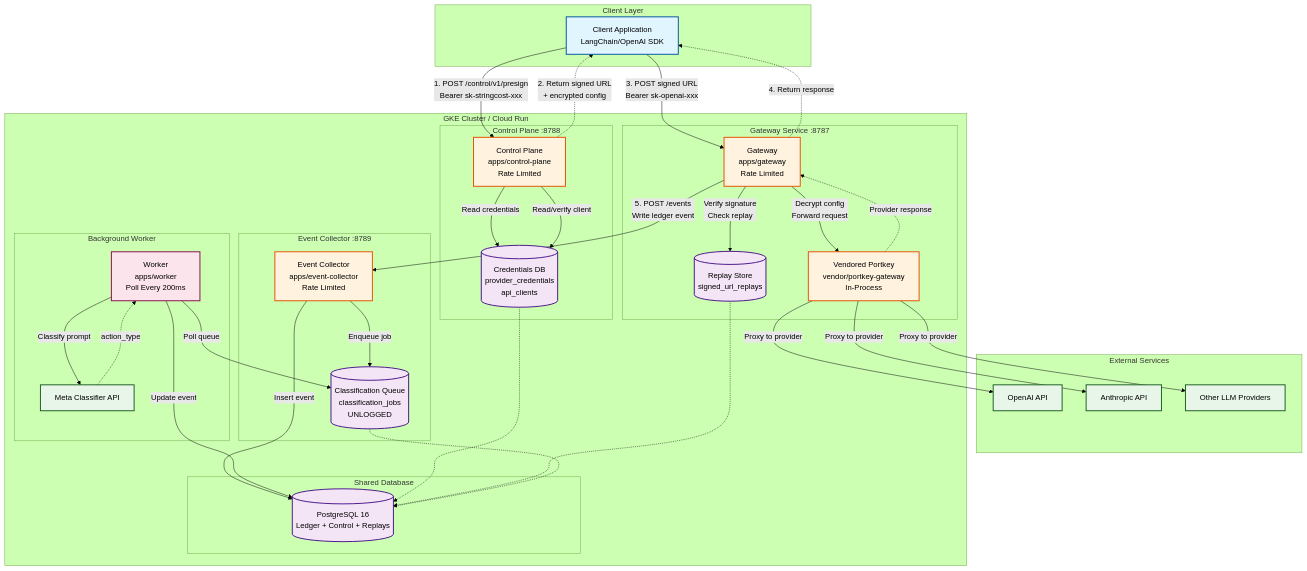
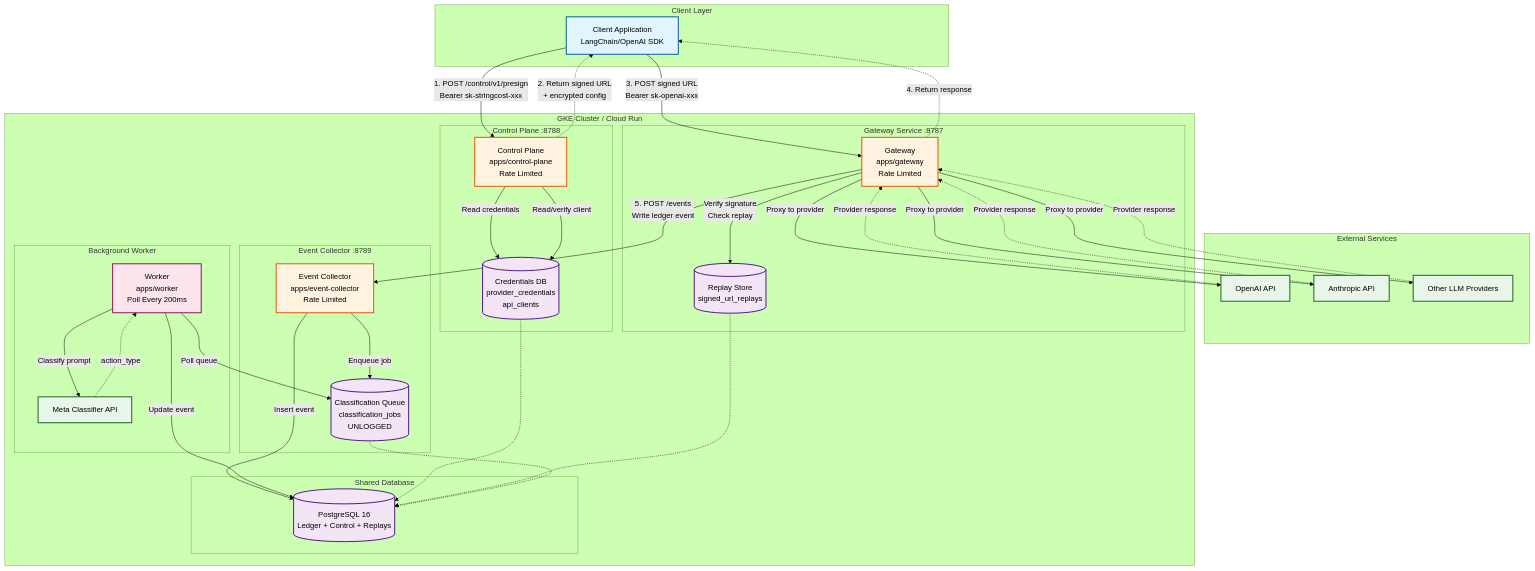
The diagram in README.md (jitendrakumarpalei/deployment-helm-skafold), drawn with Mermaid (forest theme) before and after one commit. The commit also changed other lines of this file, not shown here.

```diff
--- a/README.md
+++ b/README.md
@@ -17,7 +17,6 @@
     subgraph "GKE Cluster / Cloud Run"
         subgraph "Gateway Service :8787"
             Gateway[Gateway<br/>apps/gateway<br/>Rate Limited]
-            Portkey[Vendored Portkey<br/>vendor/portkey-gateway<br/>In-Process]
             ReplayStore[(Replay Store<br/>signed_url_replays)]
         end
 
@@ -49,13 +48,13 @@
 
     Client -->|3. POST signed URL<br/>Bearer sk-openai-xxx| Gateway
     Gateway -->|Verify signature<br/>Check replay| ReplayStore
-    Gateway -->|Decrypt config<br/>Forward request| Portkey
+    Gateway -->|Proxy to provider| OpenAI
+    Gateway -->|Proxy to provider| Anthropic
+    Gateway -->|Proxy to provider| Other
 
-    Portkey -->|Proxy to provider| OpenAI
-    Portkey -->|Proxy to provider| Anthropic
-    Portkey -->|Proxy to provider| Other
-
-    Portkey -.->|Provider response| Gateway
+    OpenAI -.->|Provider response| Gateway
+    Anthropic -.->|Provider response| Gateway
+    Other -.->|Provider response| Gateway
     Gateway -.->|4. Return response| Client
     Gateway -->|5. POST /events<br/>Write ledger event| EventCollector
 
@@ -81,7 +80,7 @@
     classDef workerStyle fill:#fce4ec,stroke:#880e4f,stroke-width:2px
 
     class Client clientStyle
-    class Gateway,ControlPlane,EventCollector,Portkey serviceStyle
+    class Gateway,ControlPlane,EventCollector serviceStyle
     class Postgres,CredStore,ReplayStore,ClassQueue dbStyle
     class OpenAI,Anthropic,Other,Classifier externalStyle
     class Worker workerStyle
```
